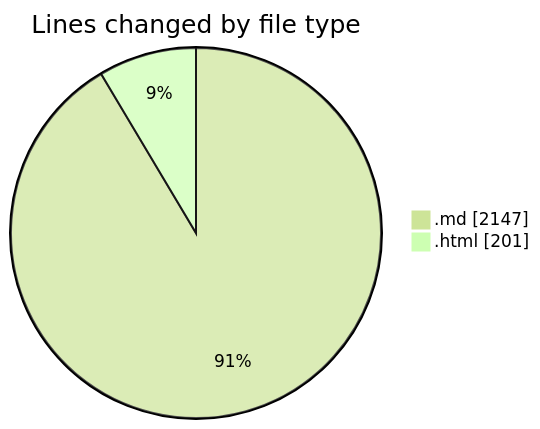
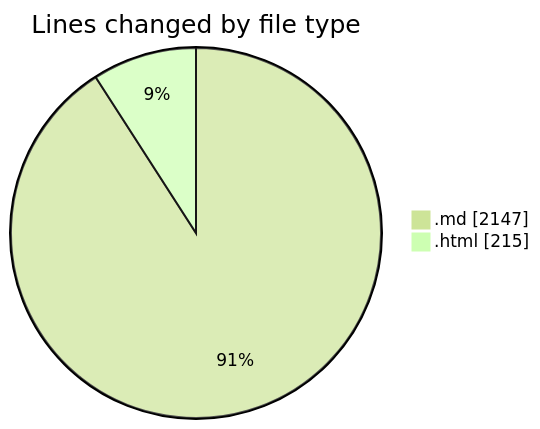
Before and after one commit to Ritupan-Deka/code-tracking: the first of 2 diagrams in 2025-07-07/urlwebwala_intership_work/README.md, drawn with Mermaid (forest theme). The commit also changed other lines of this file and 1 other file, not shown here.

````diff
--- a/2025-07-07/urlwebwala_intership_work/README.md
+++ b/2025-07-07/urlwebwala_intership_work/README.md
@@ -25,6 +25,6 @@
 ```mermaid
 pie showData
 title Lines changed by file type
 ".md" : 2147
-".html" : 201
+".html" : 215
 ```
````
